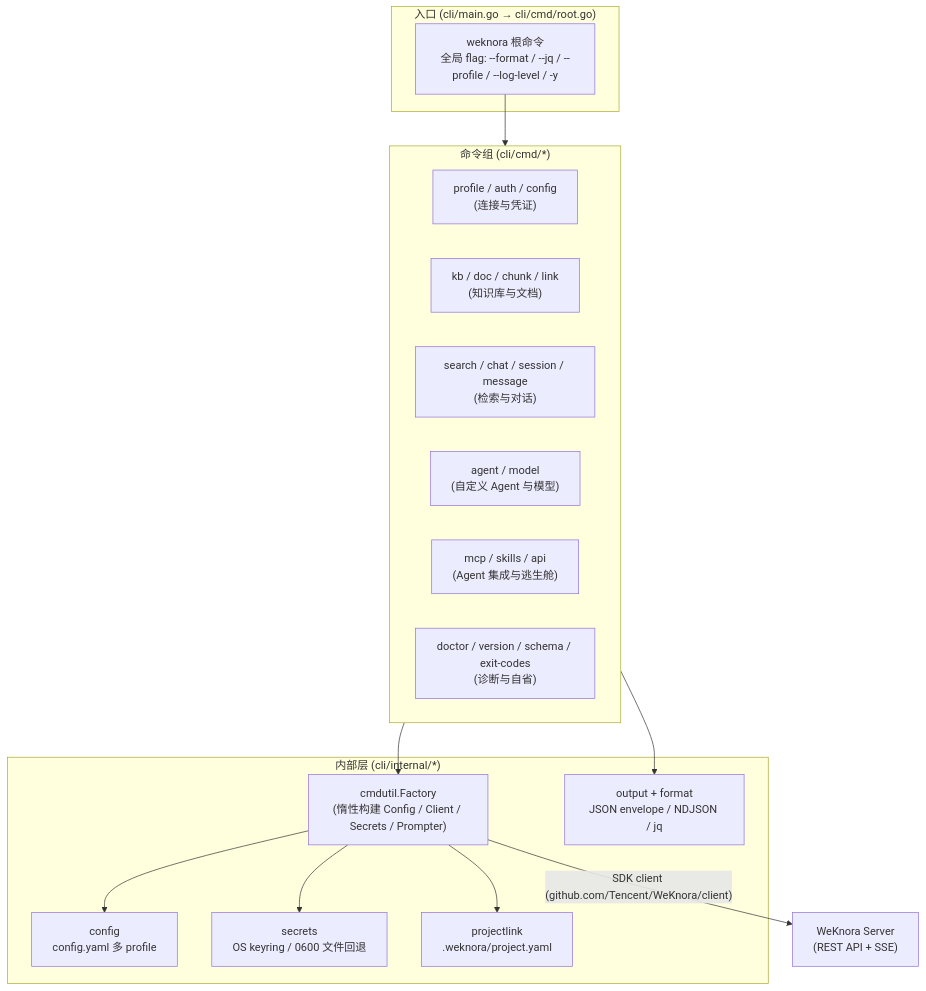
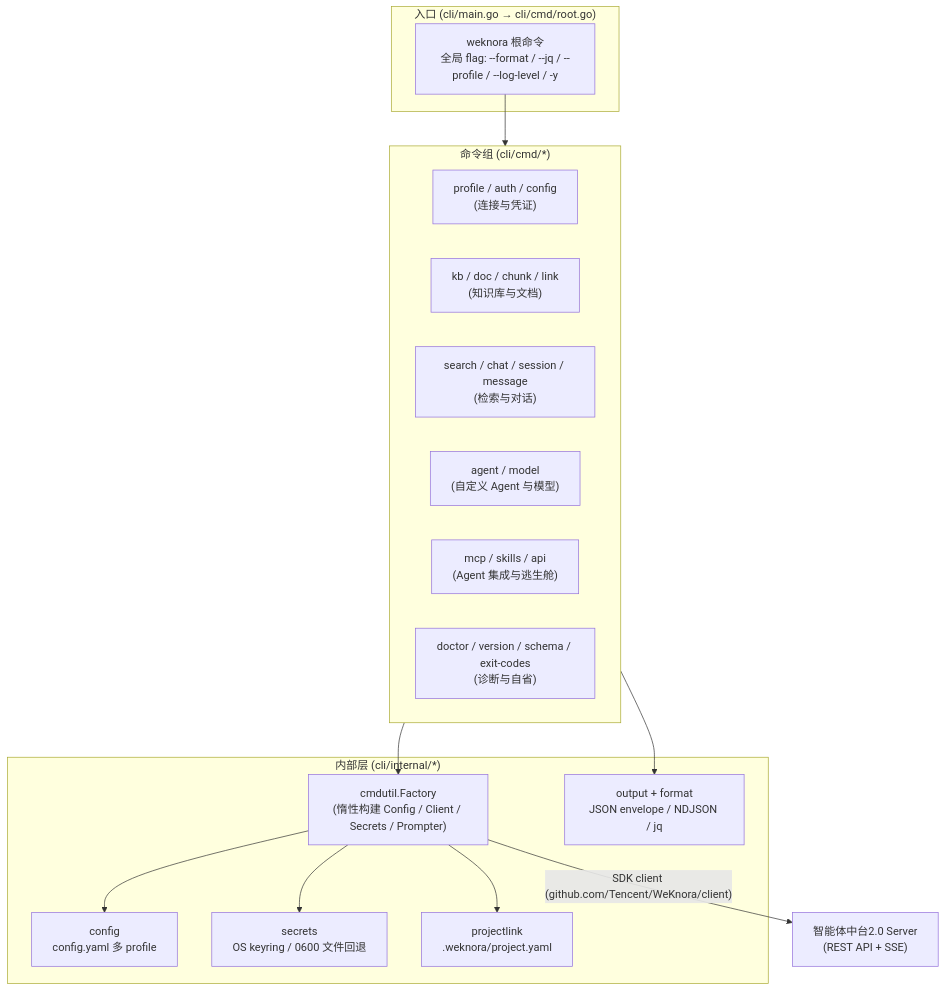
One commit to qinlei131479/WeKnora changed the diagram in apps/docs/05-clients/02-cli.md. Above: the diagram before and after it, drawn with Mermaid. The commit also changed other lines of this file and 47 other files, not shown here.

````diff
--- a/apps/docs/05-clients/02-cli.md
+++ b/apps/docs/05-clients/02-cli.md
@@ -12,33 +12,33 @@
 ```mermaid
 flowchart TB
     subgraph entry["入口 (cli/main.go → cli/cmd/root.go)"]
         R["weknora 根命令<br/>全局 flag: --format / --jq / --profile / --log-level / -y"]
     end
 
     subgraph groups["命令组 (cli/cmd/*)"]
         G1["profile / auth / config<br/>(连接与凭证)"]
         G2["kb / doc / chunk / link<br/>(知识库与文档)"]
         G3["search / chat / session / message<br/>(检索与对话)"]
         G4["agent / model<br/>(自定义 Agent 与模型)"]
         G5["mcp / skills / api<br/>(Agent 集成与逃生舱)"]
         G6["doctor / version / schema / exit-codes<br/>(诊断与自省)"]
     end
 
     subgraph internal["内部层 (cli/internal/*)"]
         F["cmdutil.Factory<br/>(惰性构建 Config / Client / Secrets / Prompter)"]
         C["config<br/>config.yaml 多 profile"]
         S["secrets<br/>OS keyring / 0600 文件回退"]
         P["projectlink<br/>.weknora/project.yaml"]
         O["output + format<br/>JSON envelope / NDJSON / jq"]
     end
 
-    SRV["WeKnora Server<br/>(REST API + SSE)"]
+    SRV["智能体中台2.0 Server<br/>(REST API + SSE)"]
 
     R --> groups
     groups --> F
     F --> C
     F --> S
     F --> P
     groups --> O
     F -->|"SDK client (github.com/Tencent/WeKnora/client)"| SRV
 ```
````
